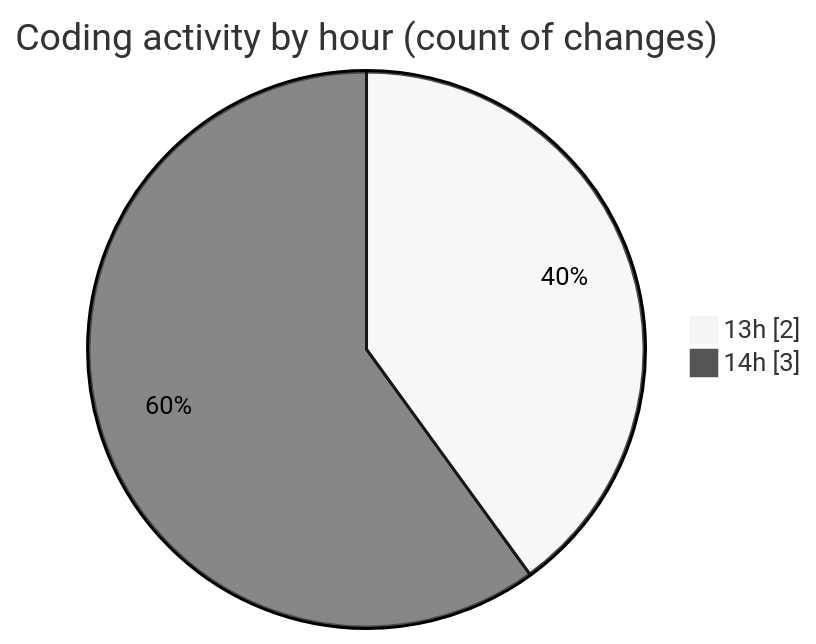
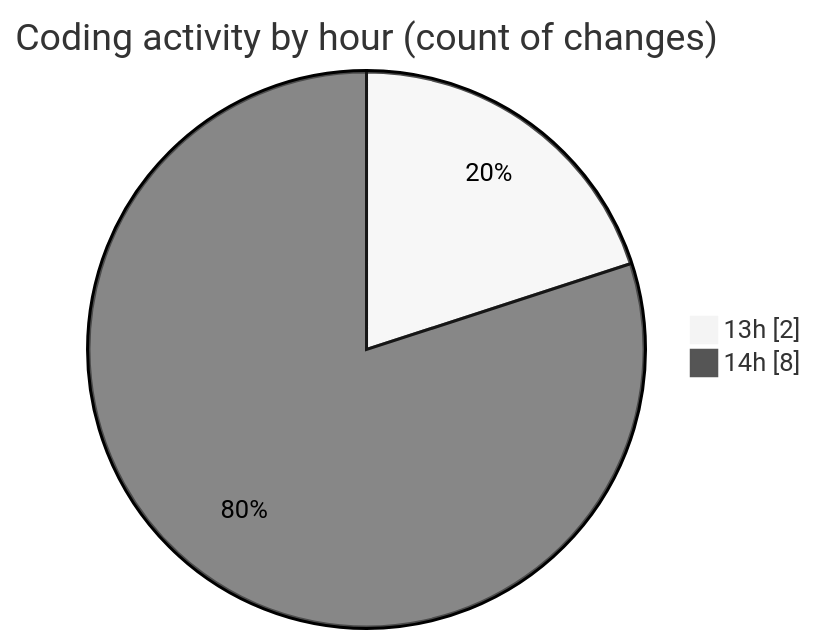
The second of 2 diagrams in 2025-03-27/vms-with-backend/README.md (BS-eng2023/code-tracking), drawn with Mermaid (neutral theme) before and after one commit. The commit also changed other lines of this file and 1 other file, not shown here.

````diff
--- a/2025-03-27/vms-with-backend/README.md
+++ b/2025-03-27/vms-with-backend/README.md
@@ -31,6 +33,6 @@
 ```mermaid
 pie showData
 title Coding activity by hour (count of changes)
 "13h" : 2
-"14h" : 3
+"14h" : 8
 ```
````
